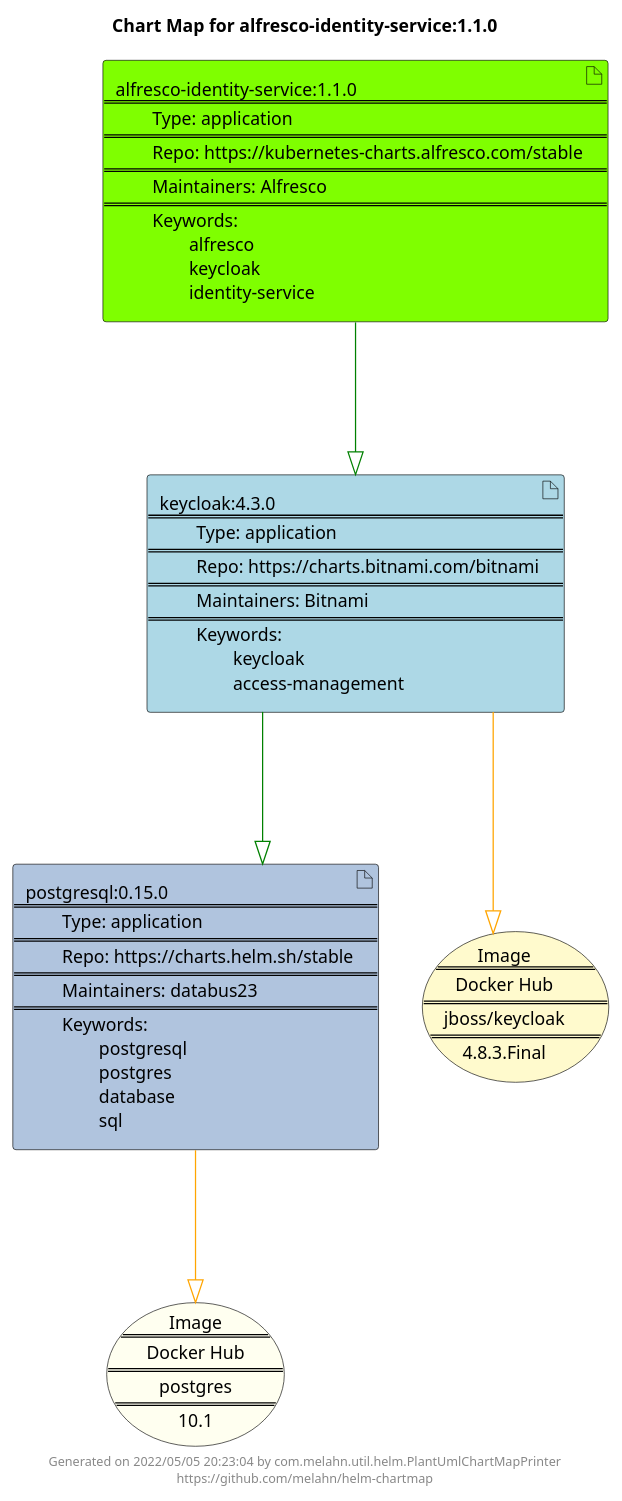
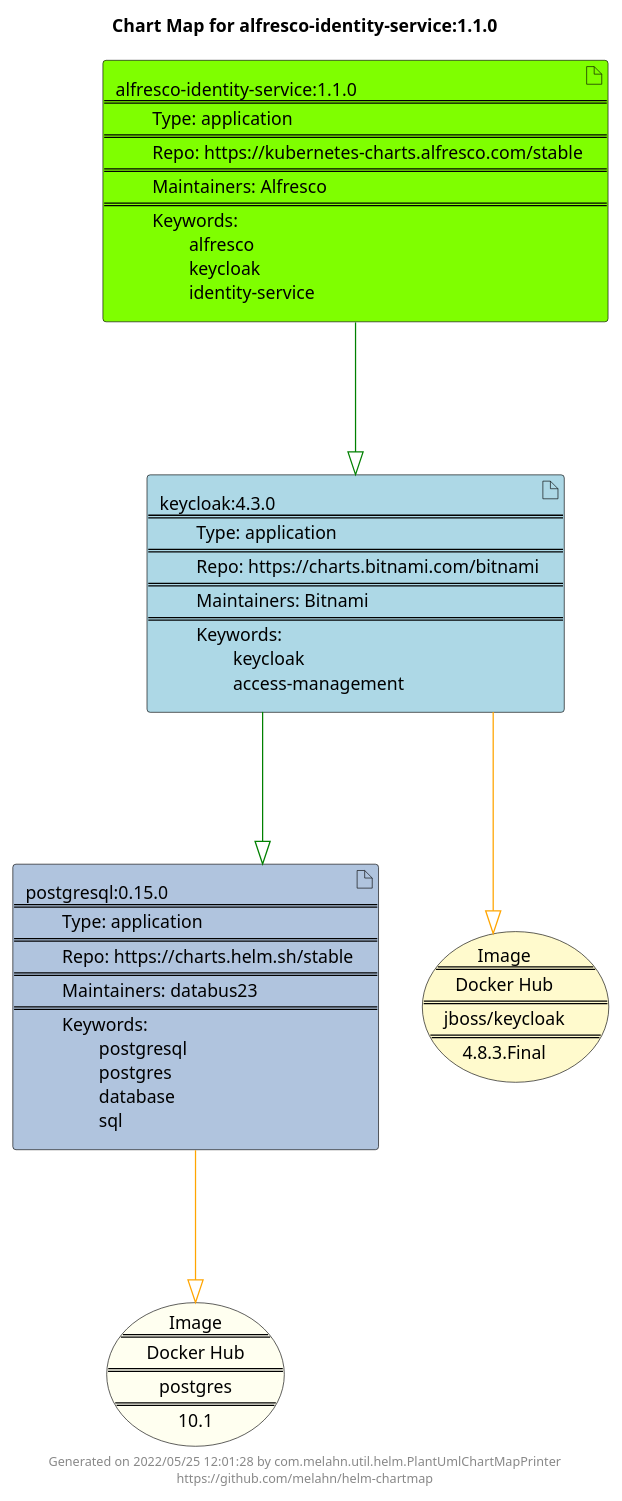
The diagram in docs/alfresco-identity-service/alfresco-identity-service-1.1.0.puml (melahn/helm-chartmap), drawn with PlantUML before and after one commit. The commit also changed 60 other files, not shown here.

```diff
--- a/docs/alfresco-identity-service/alfresco-identity-service-1.1.0.puml
+++ b/docs/alfresco-identity-service/alfresco-identity-service-1.1.0.puml
@@ -1,27 +1,27 @@
 @startuml
 skinparam linetype ortho
 skinparam backgroundColor white
 skinparam usecaseBorderColor black
 skinparam usecaseArrowColor LightSlateGray
 skinparam artifactBorderColor black
 skinparam artifactArrowColor LightSlateGray
 
 title Chart Map for alfresco-identity-service:1.1.0
 
 'There are 3 referenced Helm Charts
 artifact "postgresql:0.15.0\n====\n\tType: application\n====\n\tRepo: https://charts.helm.sh/stable\n====\n\tMaintainers: databus23\n====\n\tKeywords: \n\t\tpostgresql\n\t\tpostgres\n\t\tdatabase\n\t\tsql" as postgresql_0_15_0 #LightSteelBlue
 artifact "alfresco-identity-service:1.1.0\n====\n\tType: application\n====\n\tRepo: https://kubernetes-charts.alfresco.com/stable\n====\n\tMaintainers: Alfresco\n====\n\tKeywords: \n\t\talfresco\n\t\tkeycloak\n\t\tidentity-service" as alfresco_identity_service_1_1_0 #Chartreuse
 artifact "keycloak:4.3.0\n====\n\tType: application\n====\n\tRepo: https://charts.bitnami.com/bitnami\n====\n\tMaintainers: Bitnami\n====\n\tKeywords: \n\t\tkeycloak\n\t\taccess-management" as keycloak_4_3_0 #LightBlue
 
 'There are 2 referenced Docker Images
 usecase "Image\n====\nDocker Hub\n====\npostgres\n====\n10.1" as postgres_10_1 #Ivory
 usecase "Image\n====\nDocker Hub\n====\njboss/keycloak\n====\n4.8.3.Final" as jboss_keycloak_4_8_3_Final #LemonChiffon
 
 'Chart Dependencies
 alfresco_identity_service_1_1_0--[#green]-|>keycloak_4_3_0
 keycloak_4_3_0--[#green]-|>postgresql_0_15_0
 postgresql_0_15_0--[#orange]-|>postgres_10_1
 keycloak_4_3_0--[#orange]-|>jboss_keycloak_4_8_3_Final
 
-center footer Generated on 2022/05/05 20:23:04 by com.melahn.util.helm.PlantUmlChartMapPrinter\nhttps://github.com/melahn/helm-chartmap
+center footer Generated on 2022/05/25 12:01:28 by com.melahn.util.helm.PlantUmlChartMapPrinter\nhttps://github.com/melahn/helm-chartmap
 @enduml
```
